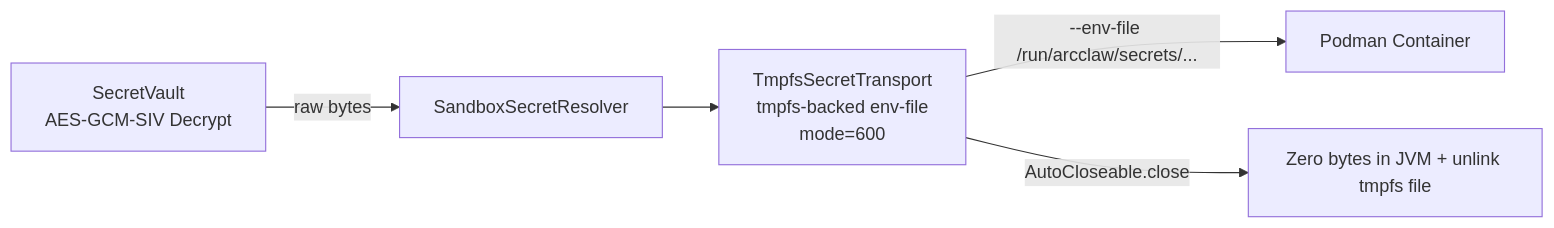
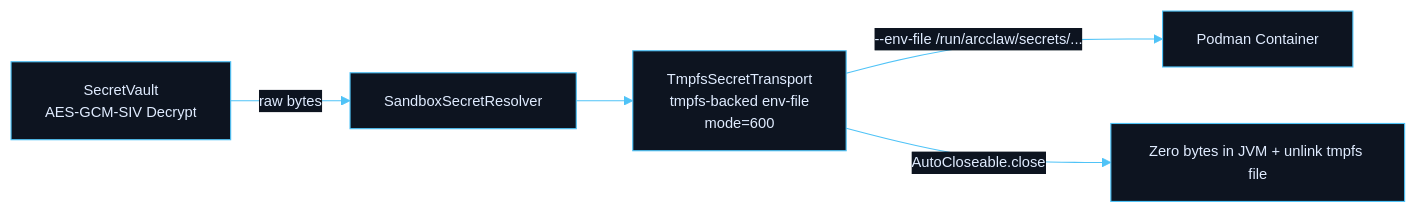
The eighth of 8 diagrams in README.md (rsrini7/AmshaAgent), drawn with Mermaid before and after one commit. The commit also changed other lines of this file, not shown here.

First line of the commit message:
docs: update mermaid diagrams to use dark theme

````diff
--- a/README.md
+++ b/README.md
@@ -751,7 +751,8 @@
 ```mermaid
+%%{init: {'theme': 'base', 'themeVariables': {'background': '#0d1420', 'mainBkg': '#0d1420', 'primaryColor': '#1e3a5f', 'primaryTextColor': '#e0ecff', 'primaryBorderColor': '#4fc3f7', 'lineColor': '#4fc3f7', 'secondaryColor': '#122030', 'tertiaryColor': '#0d1f35', 'activationBorderColor': '#4fc3f7', 'activationBkgColor': '#1e3a5f', 'actorBkg': '#1e3a5f', 'actorBorder': '#4fc3f7', 'actorTextColor': '#e0ecff', 'actorLineColor': '#4fc3f7', 'signalColor': '#e8a045', 'signalTextColor': '#e8a045', 'labelBoxBkgColor': '#0d2035', 'labelBoxBorderColor': '#4fc3f7', 'labelTextColor': '#e0ecff', 'loopTextColor': '#e0ecff', 'noteBkgColor': '#1a2a0d', 'noteBorderColor': '#81c784', 'noteTextColor': '#c8e6c9', 'edgeLabelBackground': '#0d1420', 'fontSize': '13px'}}}%%
 graph LR
     SV[SecretVault<br/>AES-GCM-SIV Decrypt] -->|raw bytes| SR[SandboxSecretResolver]
     SR --> TT[TmpfsSecretTransport<br/>tmpfs-backed env-file<br/>mode=600]
     TT -->|--env-file /run/arcclaw/secrets/...| Podman[Podman Container]
     TT -->|AutoCloseable.close| Zero[Zero bytes in JVM + unlink tmpfs file]
 ```
````
